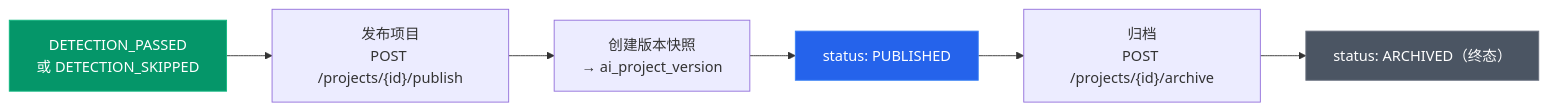
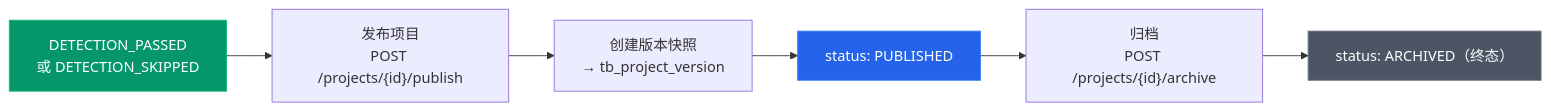
Diagram 17 of 22 in docs/projects/业务需求编制到招标文件完成-业务流程梳理.md (DrunkFood/First), drawn with Mermaid before and after one commit. The commit also changed other lines of this file and 3 other files, not shown here.

First line of the commit message:
docs(flow): 更新业务流程梳理文档对齐实际代码

````diff
--- a/docs/projects/业务需求编制到招标文件完成-业务流程梳理.md
+++ b/docs/projects/业务需求编制到招标文件完成-业务流程梳理.md
@@ -684,12 +690,12 @@
 ```mermaid
 flowchart LR
     A["DETECTION_PASSED<br/>或 DETECTION_SKIPPED"] --> B["发布项目<br/>POST /projects/{id}/publish"]
-    B --> C["创建版本快照<br/>→ ai_project_version"]
+    B --> C["创建版本快照<br/>→ tb_project_version"]
     C --> D["status: PUBLISHED"]
     D --> E["归档<br/>POST /projects/{id}/archive"]
     E --> F["status: ARCHIVED（终态）"]
 
     style A fill:#059669,stroke:#10b981,color:#fff
     style D fill:#2563eb,stroke:#3b82f6,color:#fff
     style F fill:#4b5563,stroke:#6b7280,color:#fff
 ```
````
